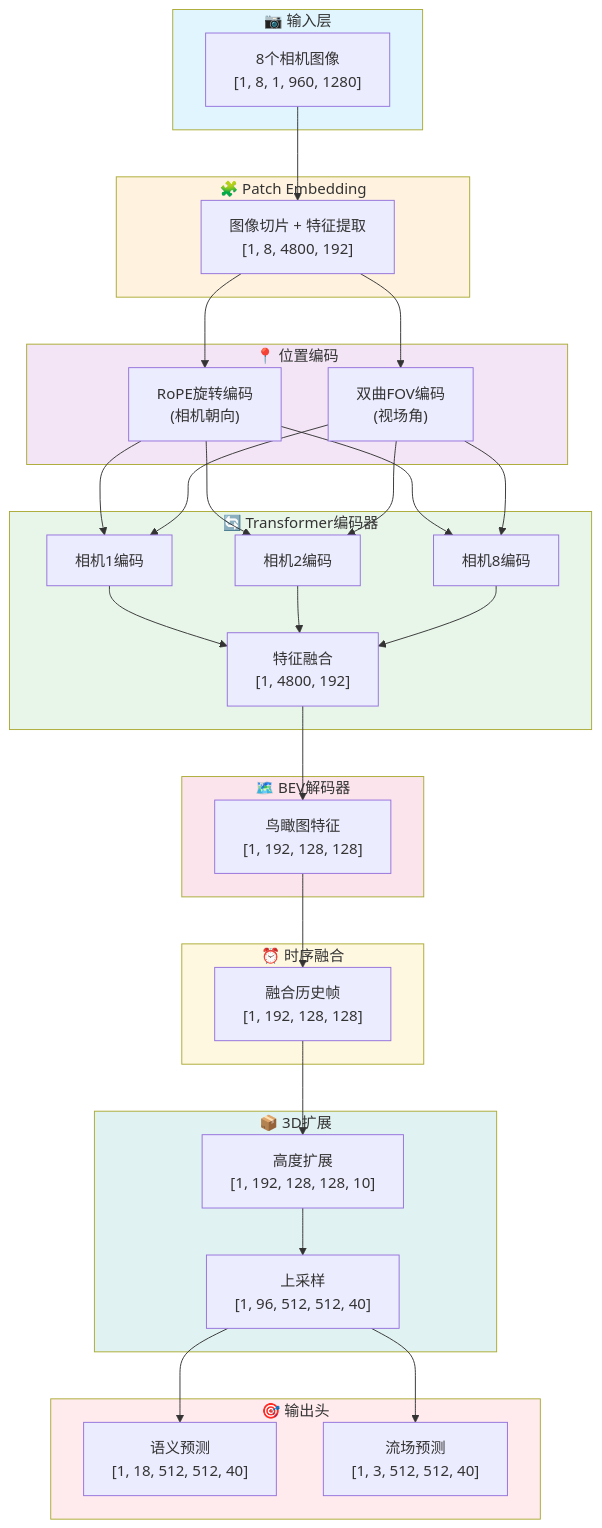
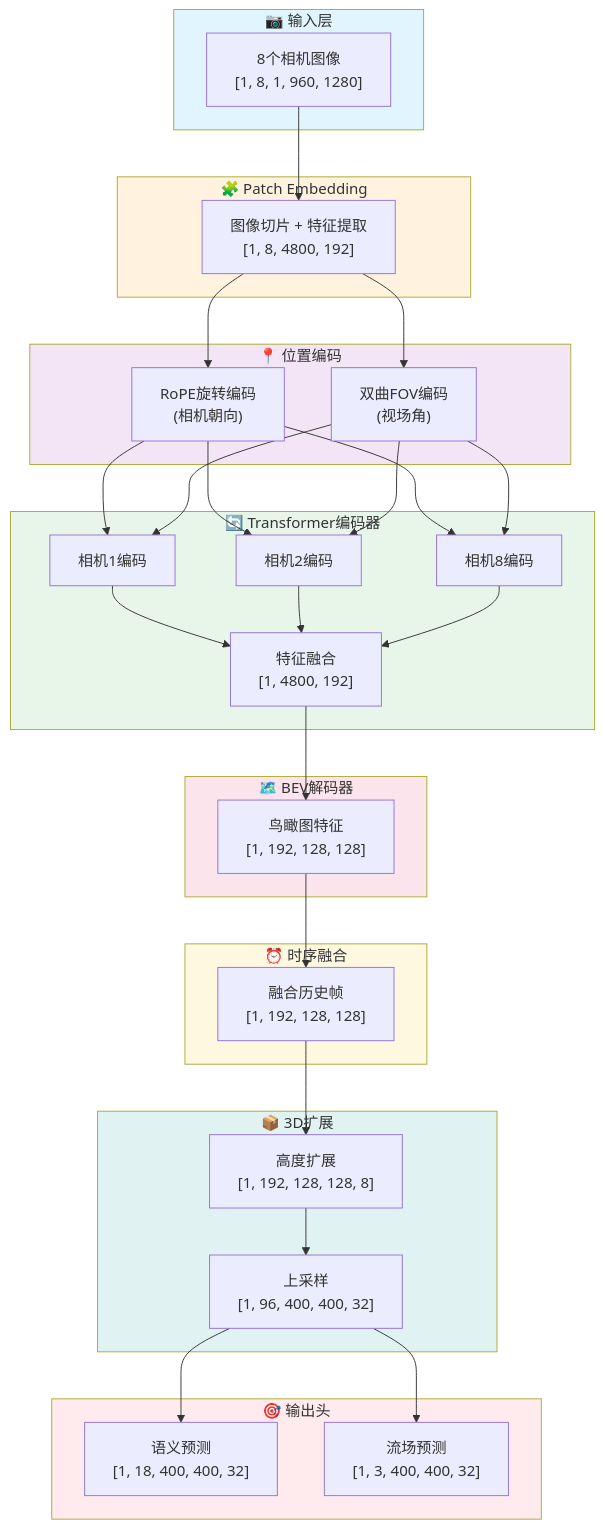
One commit to billsoft/carla changed the first of 12 diagrams in occ_network/README.md. Above: the diagram before and after it, drawn with Mermaid. The commit also changed other lines of this file and 14 other files, not shown here.

````diff
--- a/occ_network/README.md
+++ b/occ_network/README.md
@@ -74,68 +74,68 @@
 ```mermaid
 flowchart TB
     subgraph INPUT["📷 输入层"]
         IMG["8个相机图像<br/>[1, 8, 1, 960, 1280]"]
     end
     
     subgraph PATCH["🧩 Patch Embedding"]
         PE["图像切片 + 特征提取<br/>[1, 8, 4800, 192]"]
     end
     
     subgraph POS["📍 位置编码"]
         ROPE["RoPE旋转编码<br/>(相机朝向)"]
         HYPER["双曲FOV编码<br/>(视场角)"]
     end
     
     subgraph ENC["🔄 Transformer编码器"]
         CAM1["相机1编码"]
         CAM2["相机2编码"]
         CAM8["相机8编码"]
         FUSE["特征融合<br/>[1, 4800, 192]"]
     end
     
     subgraph DEC["🗺️ BEV解码器"]
         BEV["鸟瞰图特征<br/>[1, 192, 128, 128]"]
     end
     
     subgraph TEMP["⏰ 时序融合"]
         TFUSE["融合历史帧<br/>[1, 192, 128, 128]"]
     end
     
     subgraph EXPAND["📦 3D扩展"]
-        HEIGHT["高度扩展<br/>[1, 192, 128, 128, 10]"]
-        UP["上采样<br/>[1, 96, 512, 512, 40]"]
+        HEIGHT["高度扩展<br/>[1, 192, 128, 128, 8]"]
+        UP["上采样<br/>[1, 96, 400, 400, 32]"]
     end
     
     subgraph HEAD["🎯 输出头"]
-        SEM["语义预测<br/>[1, 18, 512, 512, 40]"]
-        FLOW["流场预测<br/>[1, 3, 512, 512, 40]"]
+        SEM["语义预测<br/>[1, 18, 400, 400, 32]"]
+        FLOW["流场预测<br/>[1, 3, 400, 400, 32]"]
     end
     
     IMG --> PE
     PE --> ROPE
     PE --> HYPER
     ROPE --> CAM1
     ROPE --> CAM2
     ROPE --> CAM8
     HYPER --> CAM1
     HYPER --> CAM2
     HYPER --> CAM8
     CAM1 --> FUSE
     CAM2 --> FUSE
     CAM8 --> FUSE
     FUSE --> BEV
     BEV --> TFUSE
     TFUSE --> HEIGHT
     HEIGHT --> UP
     UP --> SEM
     UP --> FLOW
     
     style INPUT fill:#e1f5fe
     style PATCH fill:#fff3e0
     style POS fill:#f3e5f5
     style ENC fill:#e8f5e9
     style DEC fill:#fce4ec
     style TEMP fill:#fff8e1
     style EXPAND fill:#e0f2f1
     style HEAD fill:#ffebee
 ```
````
